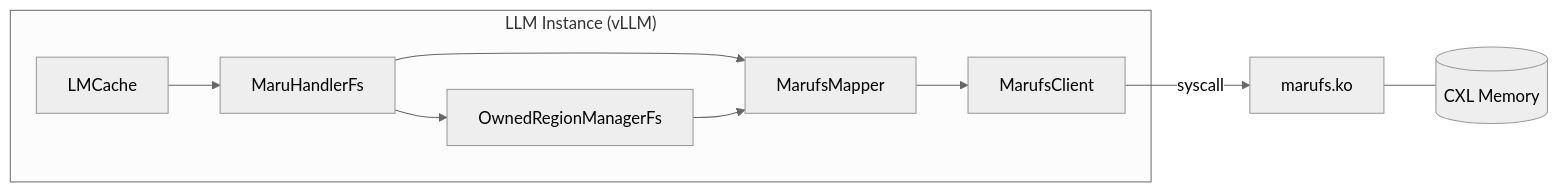
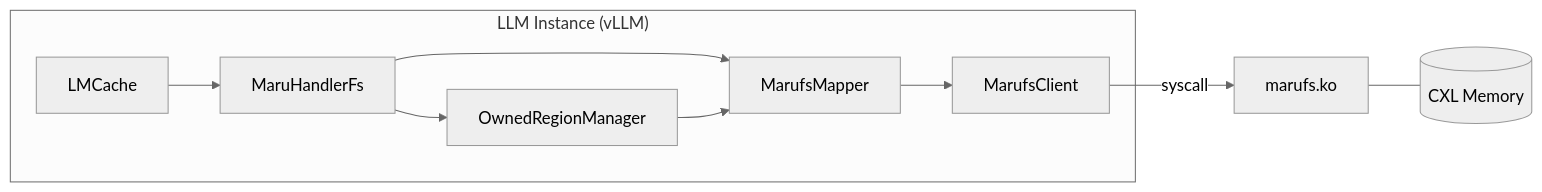
One commit to xcena-dev/maru changed the ninth of 9 diagrams in docs/source/design_doc/maru_fs.md. Above: the diagram before and after it, drawn with Mermaid (neutral theme). The commit also changed other lines of this file and 10 other files, not shown here.

First line of the commit message:
refactor: unify OwnedRegionManager for both RPC and FS modes

````diff
--- a/docs/source/design_doc/maru_fs.md
+++ b/docs/source/design_doc/maru_fs.md
@@ -321,13 +321,13 @@
 ```mermaid
 graph LR
     subgraph "LLM Instance (vLLM)"
         LM[LMCache] --> H[MaruHandlerFs]
-        H --> ORM[OwnedRegionManagerFs]
+        H --> ORM[OwnedRegionManager]
         H --> XM[MarufsMapper]
         ORM --> XM
         XM --> XC[MarufsClient]
     end
 
     XC -->|syscall| K[marufs.ko]
     K --- CXL[(CXL Memory)]
 ```
````
